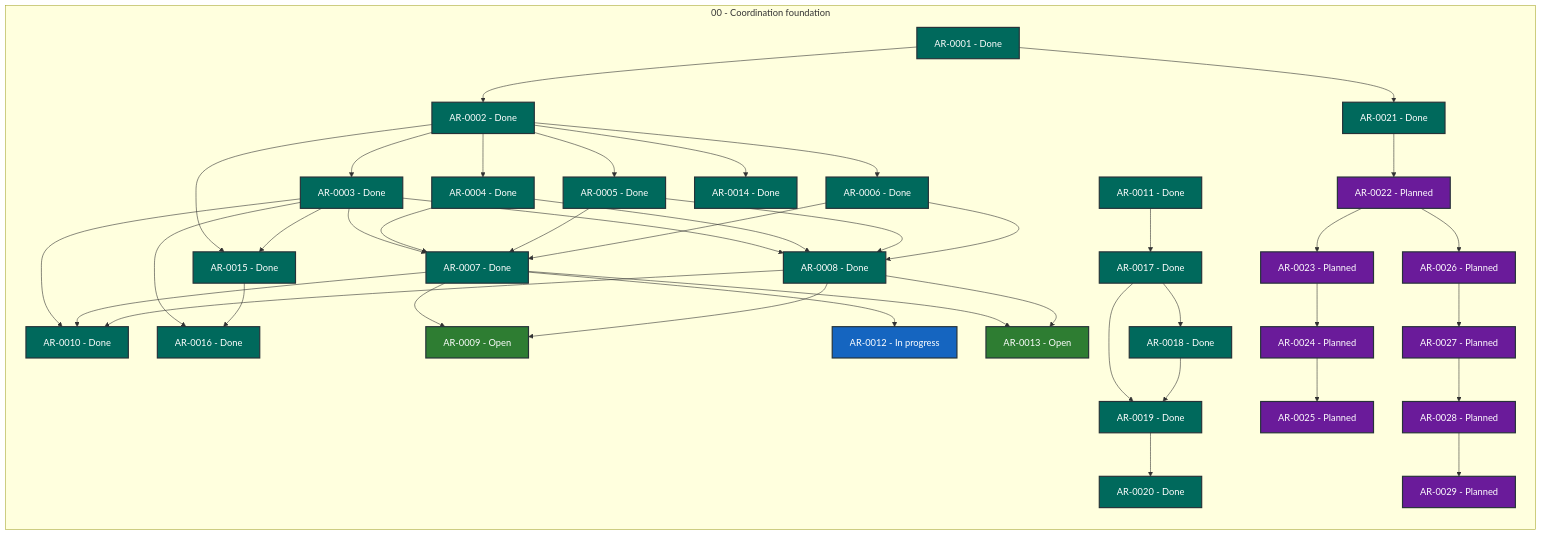
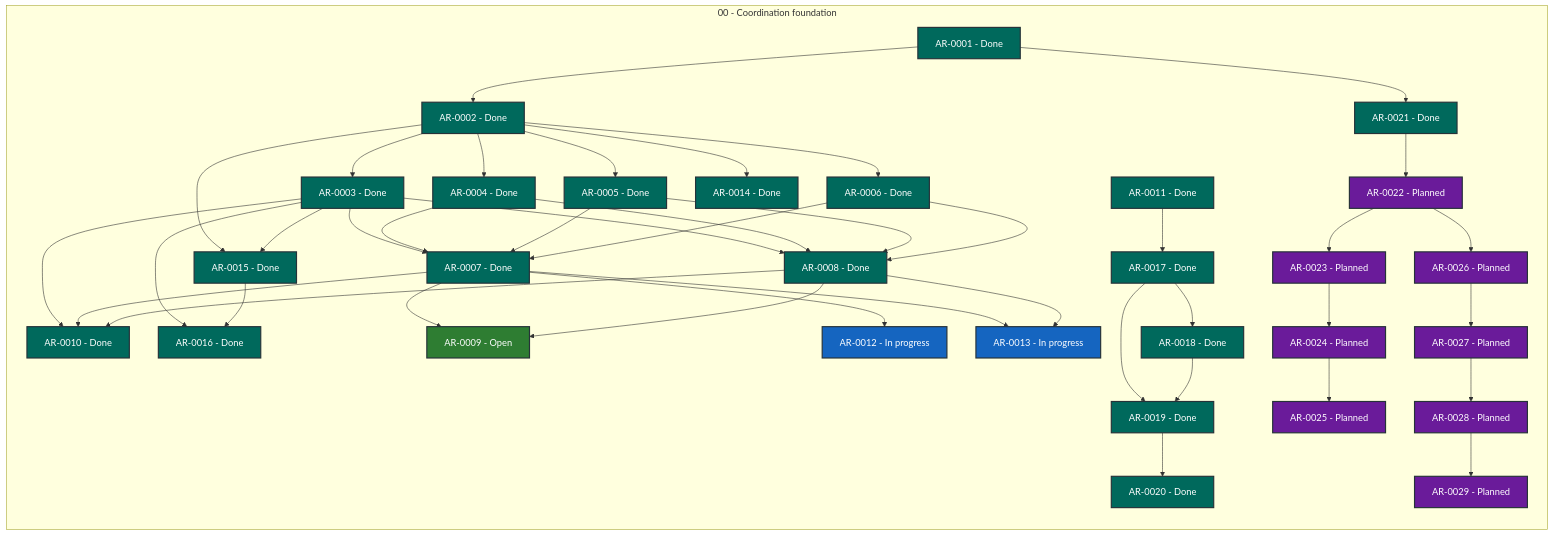
Before and after one commit to martin-beck/agent-workflow-coordinator-state: the diagram in STATUS.md, drawn with Mermaid. The commit also changed other lines of this file and 2 other files, not shown here.

```diff
--- a/STATUS.md
+++ b/STATUS.md
@@ -40,7 +40,7 @@
         AR_0010["AR-0010 - Done"]:::status_done
         AR_0011["AR-0011 - Done"]:::status_done
         AR_0012["AR-0012 - In progress"]:::status_in_progress
-        AR_0013["AR-0013 - Open"]:::status_open
+        AR_0013["AR-0013 - In progress"]:::status_in_progress
         AR_0014["AR-0014 - Done"]:::status_done
         AR_0015["AR-0015 - Done"]:::status_done
         AR_0016["AR-0016 - Done"]:::status_done
```
